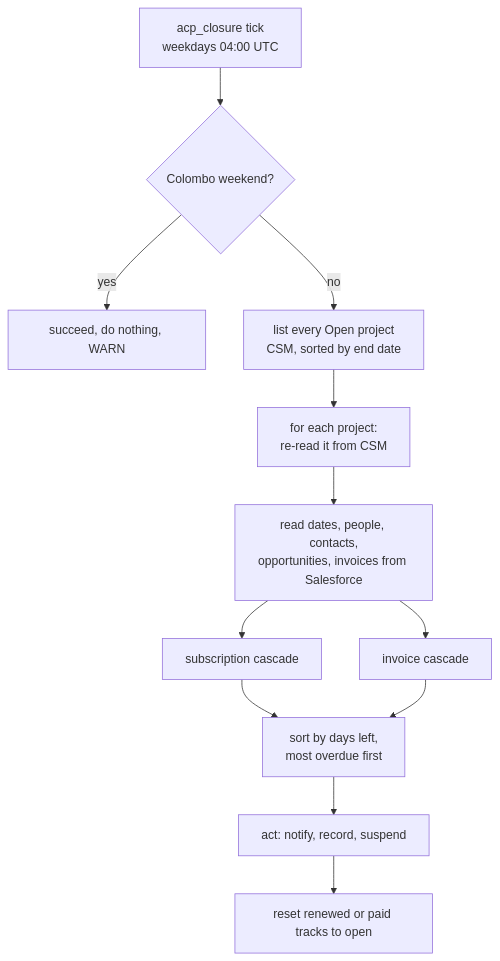
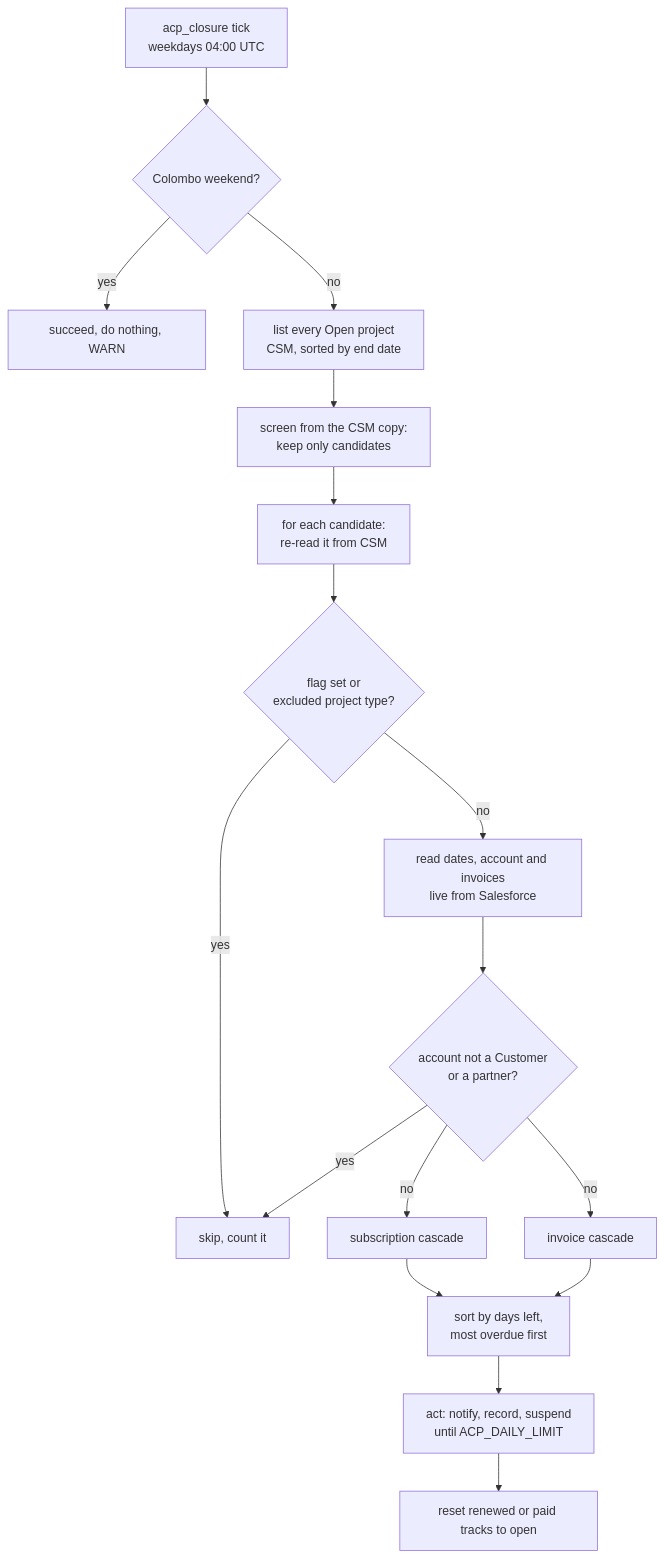
One commit to wso2-open-operations/cs-tools changed the diagram in operations/csm-scheduled-tasks/docs/acp-closure.md. Above: the diagram before and after it, drawn with Mermaid. The commit also changed other lines of this file and 1 other file, not shown here.

First line of the commit message:
[Scheduled-Tasks] Update the ACP explainer for the selection filter, screening and the run cap

````diff
--- a/operations/csm-scheduled-tasks/docs/acp-closure.md
+++ b/operations/csm-scheduled-tasks/docs/acp-closure.md
@@ -18,14 +22,19 @@
 ```mermaid
 flowchart TD
     A[acp_closure tick<br/>weekdays 04:00 UTC] --> B{Colombo weekend?}
     B -- yes --> Z[succeed, do nothing, WARN]
     B -- no --> C[list every Open project<br/>CSM, sorted by end date]
-    C --> D[for each project:<br/>re-read it from CSM]
-    D --> E[read dates, people, contacts,<br/>opportunities, invoices from Salesforce]
-    E --> F[subscription cascade]
-    E --> G[invoice cascade]
+    C --> S[screen from the CSM copy:<br/>keep only candidates]
+    S --> D[for each candidate:<br/>re-read it from CSM]
+    D --> F0{flag set or<br/>excluded project type?}
+    F0 -- yes --> X[skip, count it]
+    F0 -- no --> E[read dates, account and invoices<br/>live from Salesforce]
+    E --> F1{account not a Customer<br/>or a partner?}
+    F1 -- yes --> X
+    F1 -- no --> F[subscription cascade]
+    F1 -- no --> G[invoice cascade]
     F --> H[sort by days left,<br/>most overdue first]
     G --> H
-    H --> I[act: notify, record, suspend]
+    H --> I[act: notify, record, suspend<br/>until ACP_DAILY_LIMIT]
     I --> J[reset renewed or paid tracks to open]
 ```
````
